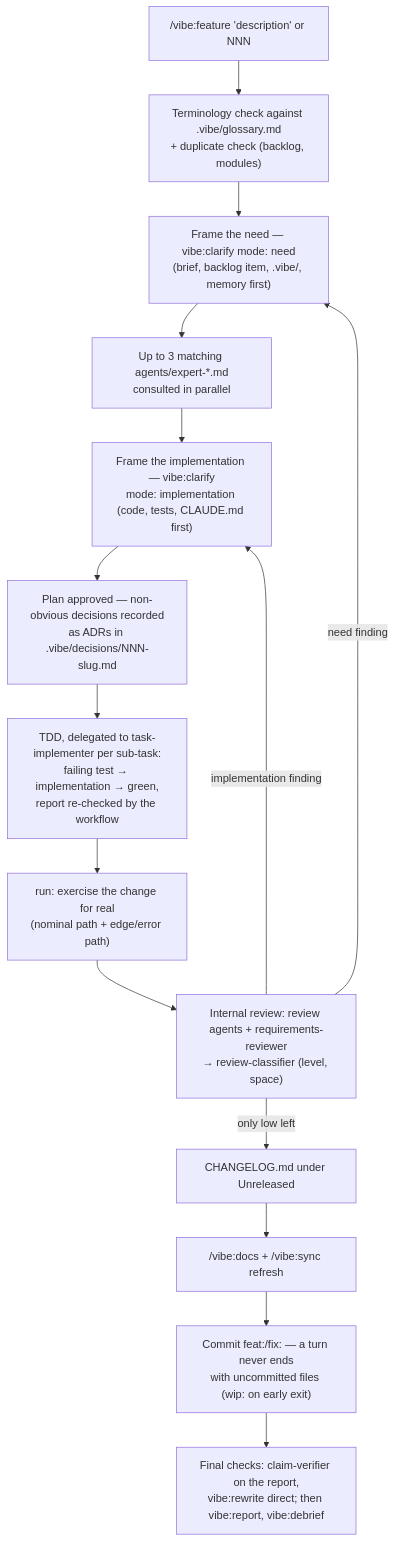
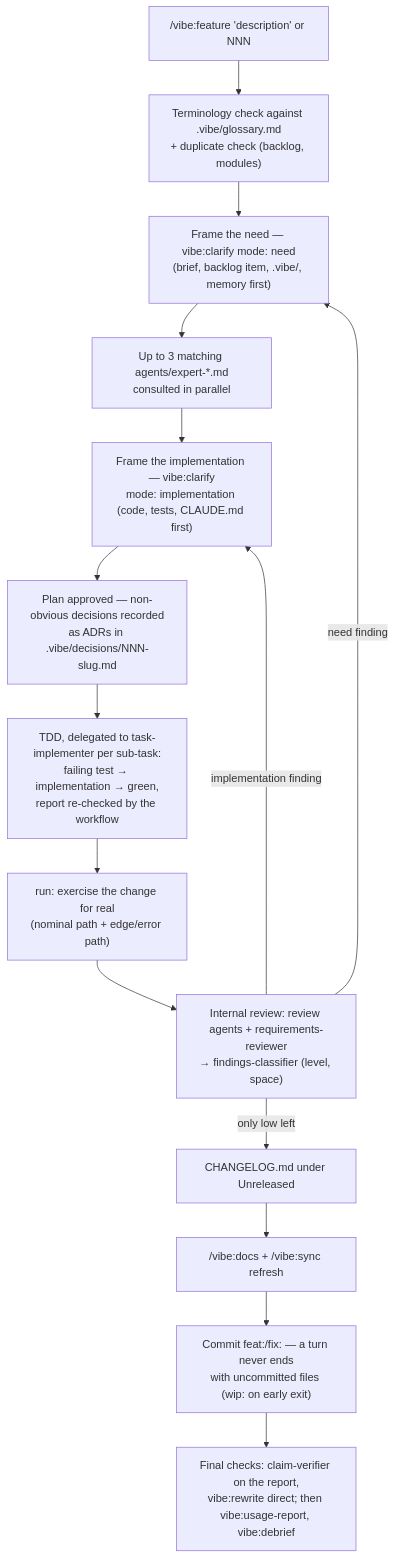
One commit to neolao/claude-plugin-vibe changed the first of 7 diagrams in docs/workflows.md. Above: the diagram before and after it, drawn with Mermaid. The commit also changed other lines of this file and 68 other files, not shown here.

First line of the commit message:
Settle the review doubts: renames, framing claim check, inbox scope

````diff
--- a/docs/workflows.md
+++ b/docs/workflows.md
@@ -11,17 +11,17 @@
 ```mermaid
 flowchart TD
     A["/vibe:feature 'description' or NNN"] --> B["Terminology check against .vibe/glossary.md<br/>+ duplicate check (backlog, modules)"]
     B --> N["Frame the need — vibe:clarify mode: need<br/>(brief, backlog item, .vibe/, memory first)"]
     N --> C["Up to 3 matching agents/expert-*.md<br/>consulted in parallel"]
     C --> I["Frame the implementation — vibe:clarify<br/>mode: implementation (code, tests, CLAUDE.md first)"]
     I --> C2["Plan approved — non-obvious decisions recorded<br/>as ADRs in .vibe/decisions/NNN-slug.md"]
     C2 --> D["TDD, delegated to task-implementer per sub-task:<br/>failing test → implementation → green,<br/>report re-checked by the workflow"]
     D --> E["run: exercise the change for real<br/>(nominal path + edge/error path)"]
-    E --> R["Internal review: review agents + requirements-reviewer<br/>→ review-classifier (level, space)"]
+    E --> R["Internal review: review agents + requirements-reviewer<br/>→ findings-classifier (level, space)"]
     R -- "need finding" --> N
     R -- "implementation finding" --> I
     R -- "only low left" --> F["CHANGELOG.md under Unreleased"]
     F --> G["/vibe:docs + /vibe:sync refresh"]
     G --> H["Commit feat:/fix: — a turn never ends<br/>with uncommitted files (wip: on early exit)"]
-    H --> K["Final checks: claim-verifier on the report,<br/>vibe:rewrite direct; then vibe:report, vibe:debrief"]
+    H --> K["Final checks: claim-verifier on the report,<br/>vibe:rewrite direct; then vibe:usage-report, vibe:debrief"]
 ```
````
